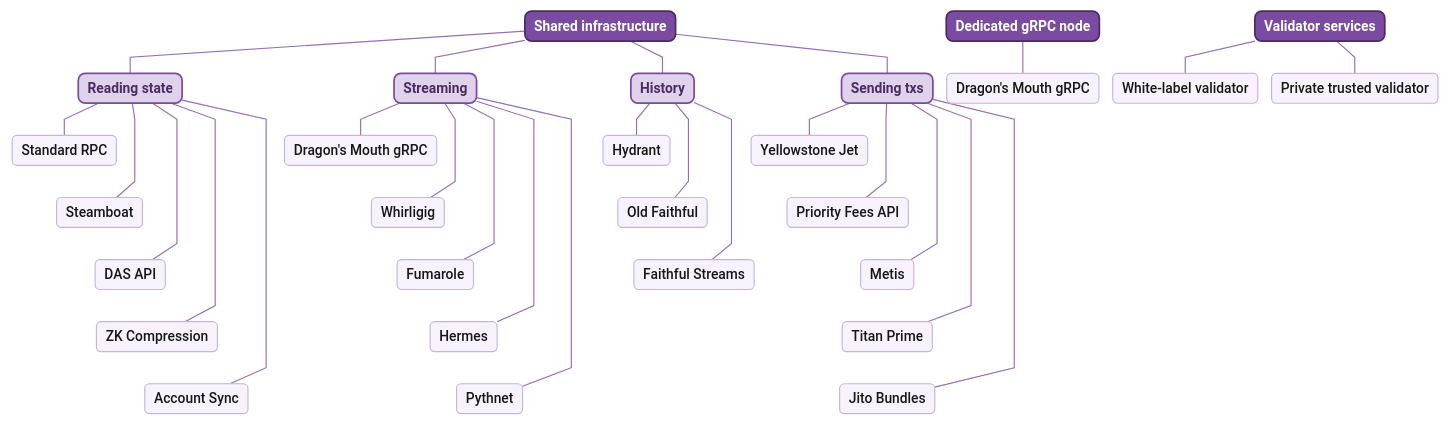
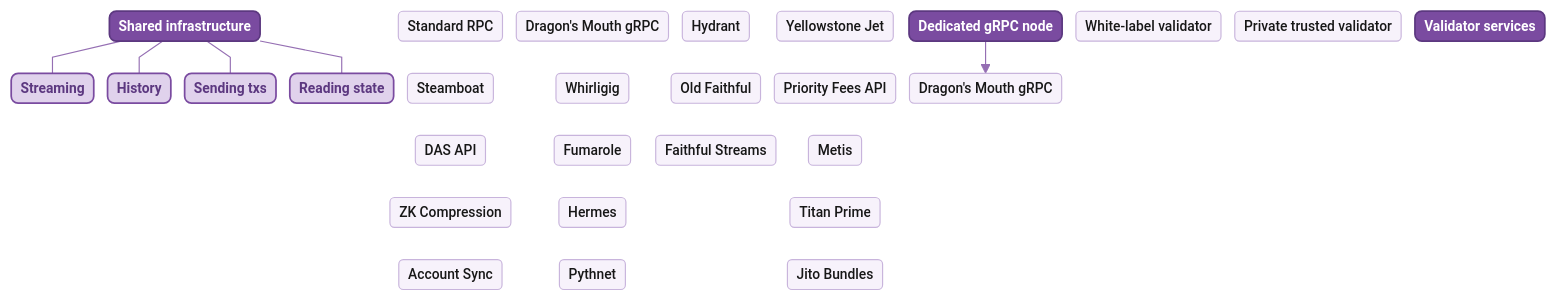
The diagram in solana/welcome.mdx (kshyndina/docs), drawn with Mermaid before and after one commit. The commit also changed other lines of this file and 1 other file, not shown here.

````diff
--- a/solana/welcome.mdx
+++ b/solana/welcome.mdx
@@ -139,29 +139,31 @@
 ```mermaid
 %%{init: {'theme':'base','themeVariables':{'fontFamily':'Work Sans','fontSize':'12px','primaryColor':'#7A4BA0','primaryBorderColor':'#492D60','primaryTextColor':'#FFFFFF','lineColor':'#956FB3','tertiaryColor':'#F2EDF6'},'flowchart':{'nodeSpacing':12,'rankSpacing':28,'padding':4,'curve':'linear'}}}%%
 flowchart TB
-    SHARED["Shared infrastructure"] --- READ["Reading state"] & STREAM["Streaming"] & HIST["History"] & SEND["Sending txs"]
+    SHARED["Shared infrastructure"] --- STREAM["Streaming"] & HIST["History"] & SEND["Sending txs"] & READ["Reading state"]
+    R1["Standard RPC"] ~~~ R2["Steamboat"]
+    R2 ~~~ R3["DAS API"]
+    R3 ~~~ R4["ZK Compression"]
+    R4 ~~~ R5["Account Sync"]
+    S1["Dragon's Mouth gRPC"] ~~~ S2["Whirligig"]
+    S2 ~~~ S3["Fumarole"]
+    S3 ~~~ S4["Hermes"]
+    S4 ~~~ S5["Pythnet"]
+    H1["Hydrant"] ~~~ H2["Old Faithful"]
+    H2 ~~~ H3["Faithful Streams"]
+    T1["Yellowstone Jet"] ~~~ T2["Priority Fees API"]
+    T2 ~~~ T3["Metis"]
+    T3 ~~~ T4["Titan Prime"]
+    T4 ~~~ T5["Jito Bundles"]
+    n1["Dedicated gRPC node"] --> n3["Dragon's Mouth gRPC"]
+    D2["White-label validator"]
+    K1["Private trusted validator"]
+    n2["Validator services"]
 
-    R1["Standard RPC"] ~~~ R2["Steamboat"] ~~~ R3["DAS API"] ~~~ R4["ZK Compression"] ~~~ R5["Account Sync"]
-    READ --- R1 & R2 & R3 & R4 & R5
-
-    S1["Dragon's Mouth gRPC"] ~~~ S2["Whirligig"] ~~~ S3["Fumarole"] ~~~ S4["Hermes"] ~~~ S5["Pythnet"]
-    STREAM --- S1 & S2 & S3 & S4 & S5
-
-    H1["Hydrant"] ~~~ H2["Old Faithful"] ~~~ H3["Faithful Streams"]
-    HIST --- H1 & H2 & H3
-
-    T1["Yellowstone Jet"] ~~~ T2["Priority Fees API"] ~~~ T3["Metis"] ~~~ T4["Titan Prime"] ~~~ T5["Jito Bundles"]
-    SEND --- T1 & T2 & T3 & T4 & T5
-
-    DEDI["Dedicated gRPC node"] --- DG["Dragon's Mouth gRPC"]
-
-    VAL["Validator services"] --- V1["White-label validator"] & V2["Private trusted validator"]
-
-    classDef pillar fill:#7A4BA0,stroke:#492D60,stroke-width:1.5px,color:#FFFFFF,font-weight:700,rx:6,ry:6
-    classDef branch fill:#E0D2EC,stroke:#7A4BA0,stroke-width:1.5px,color:#492D60,font-weight:600,rx:6,ry:6
+    classDef pillar fill:#7A4BA0,stroke:#5C3880,stroke-width:1.5px,color:#FFFFFF,font-weight:700,rx:6,ry:6
+    classDef branch fill:#E0D2EC,stroke:#7A4BA0,stroke-width:1.5px,color:#5C3880,font-weight:600,rx:6,ry:6
     classDef leaf fill:#F7F2FB,stroke:#C8B4DC,stroke-width:1px,color:#171717,font-weight:500,rx:4,ry:4
 
-    class SHARED,DEDI,VAL pillar
-    class READ,STREAM,HIST,SEND branch
-    class R1,R2,R3,R4,R5,S1,S2,S3,S4,S5,H1,H2,H3,T1,T2,T3,T4,T5,DG,V1,V2 leaf
+    class SHARED,n1,n2 pillar
+    class STREAM,HIST,SEND,READ branch
+    class R1,R2,R3,R4,R5,S1,S2,S3,S4,S5,H1,H2,H3,T1,T2,T3,T4,T5,n3,D2,K1 leaf
 ```
````
